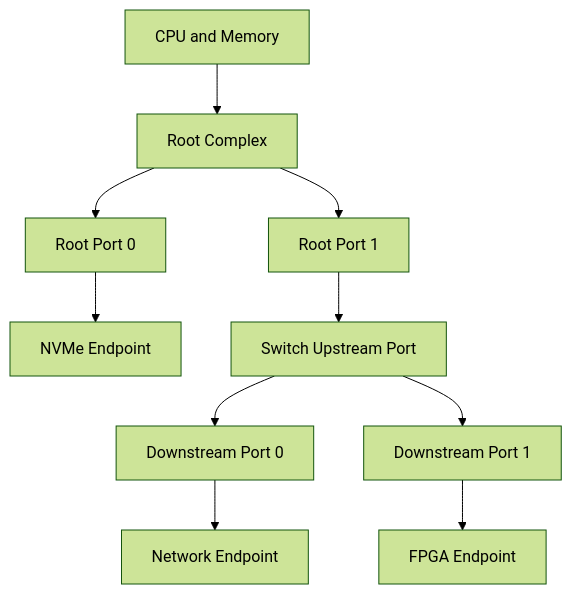
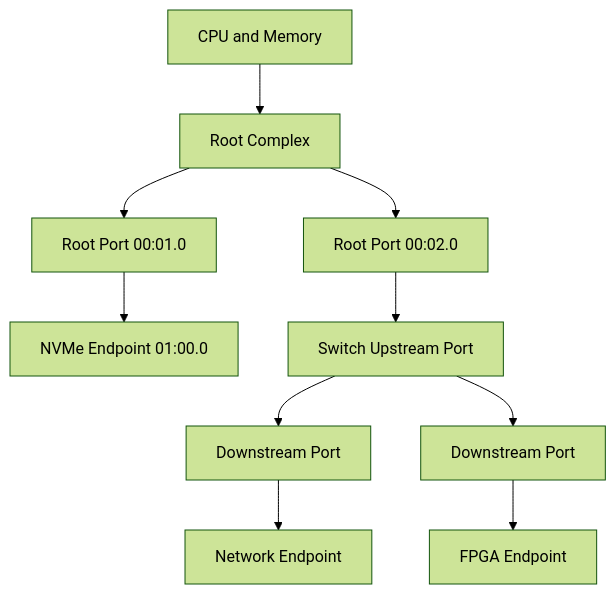
One commit to cdragon-ljl/EEandEdgeAI changed the second of 4 diagrams in docs/articles/pcie/pci-01-topology-link-tlp.md. Above: the diagram before and after it, drawn with Mermaid (forest theme). The commit also changed other lines of this file and 3 other files, not shown here.

````diff
--- a/docs/articles/pcie/pci-01-topology-link-tlp.md
+++ b/docs/articles/pcie/pci-01-topology-link-tlp.md
@@ -36,12 +56,12 @@
 ```mermaid
 flowchart TD
     CPU[CPU and Memory] --> RC[Root Complex]
-    RC --> RP0[Root Port 0]
-    RC --> RP1[Root Port 1]
-    RP0 --> NVME[NVMe Endpoint]
+    RC --> RP0[Root Port 00:01.0]
+    RC --> RP1[Root Port 00:02.0]
+    RP0 --> NVME[NVMe Endpoint 01:00.0]
     RP1 --> SWU[Switch Upstream Port]
-    SWU --> SWD0[Downstream Port 0]
-    SWU --> SWD1[Downstream Port 1]
+    SWU --> SWD0[Downstream Port]
+    SWU --> SWD1[Downstream Port]
     SWD0 --> NIC[Network Endpoint]
     SWD1 --> FPGA[FPGA Endpoint]
 ```
````
